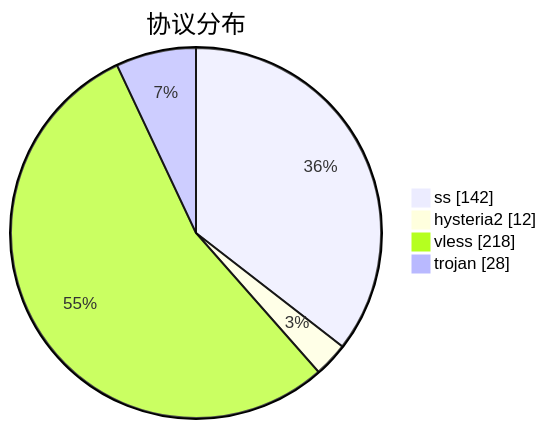
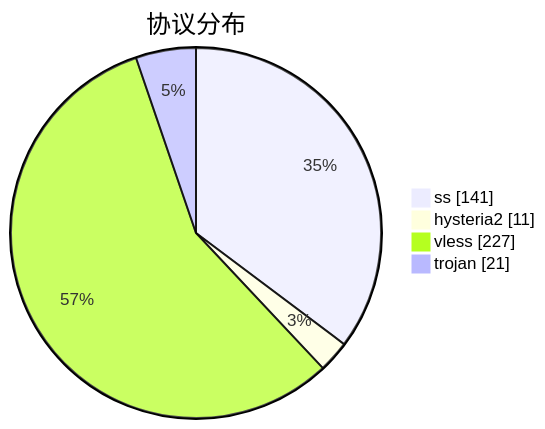
One commit to qjlxg/airport changed the third of 3 diagrams in subs/statistics/tested_within.md. Above: the diagram before and after it, drawn with Mermaid. The commit also changed other lines of this file and 2 other files, not shown here.

````diff
--- a/subs/statistics/tested_within.md
+++ b/subs/statistics/tested_within.md
@@ -18,8 +19,8 @@
 ```mermaid
 pie showData
 title 协议分布
-"ss" : 142
-"hysteria2" : 12
-"vless" : 218
-"trojan" : 28
+"ss" : 141
+"hysteria2" : 11
+"vless" : 227
+"trojan" : 21
 ```
````
